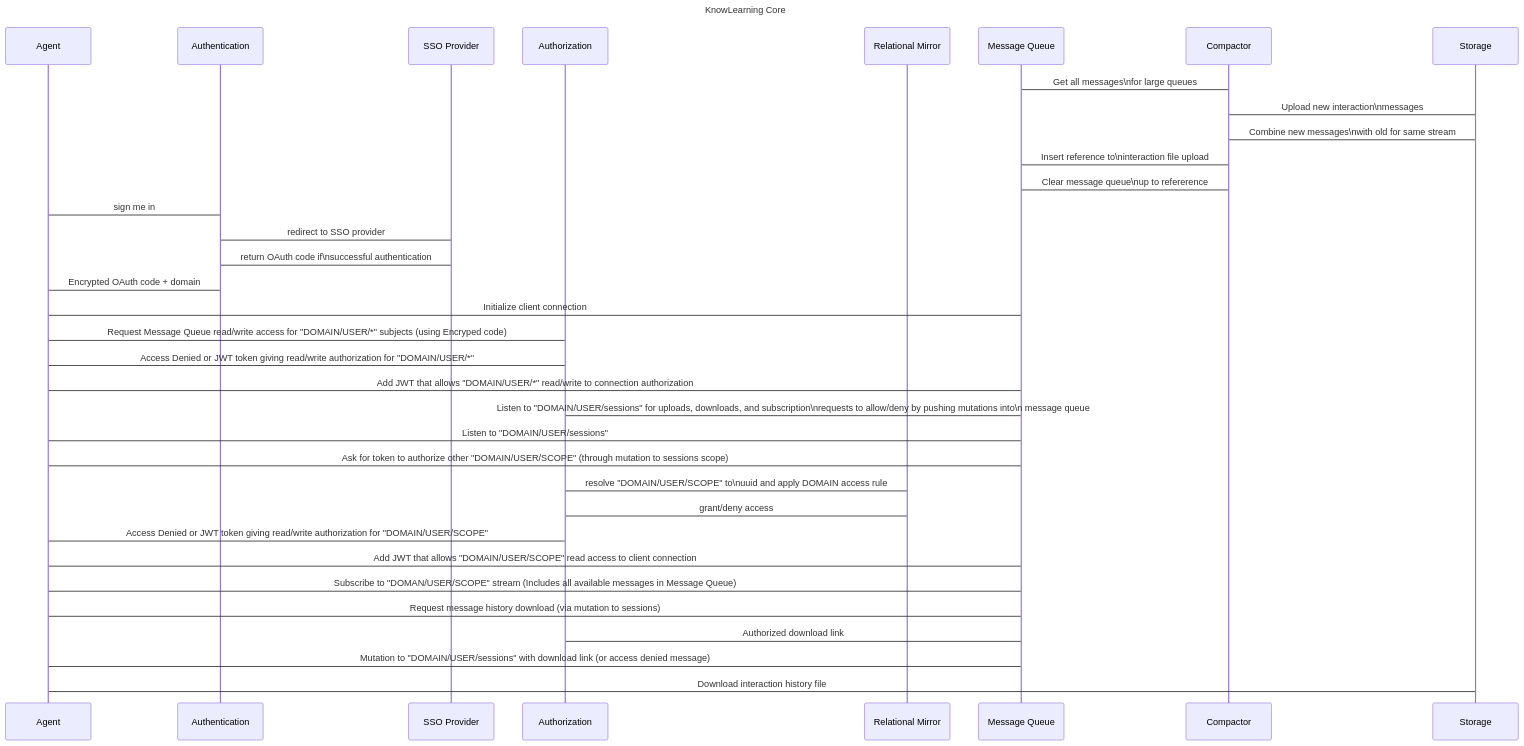
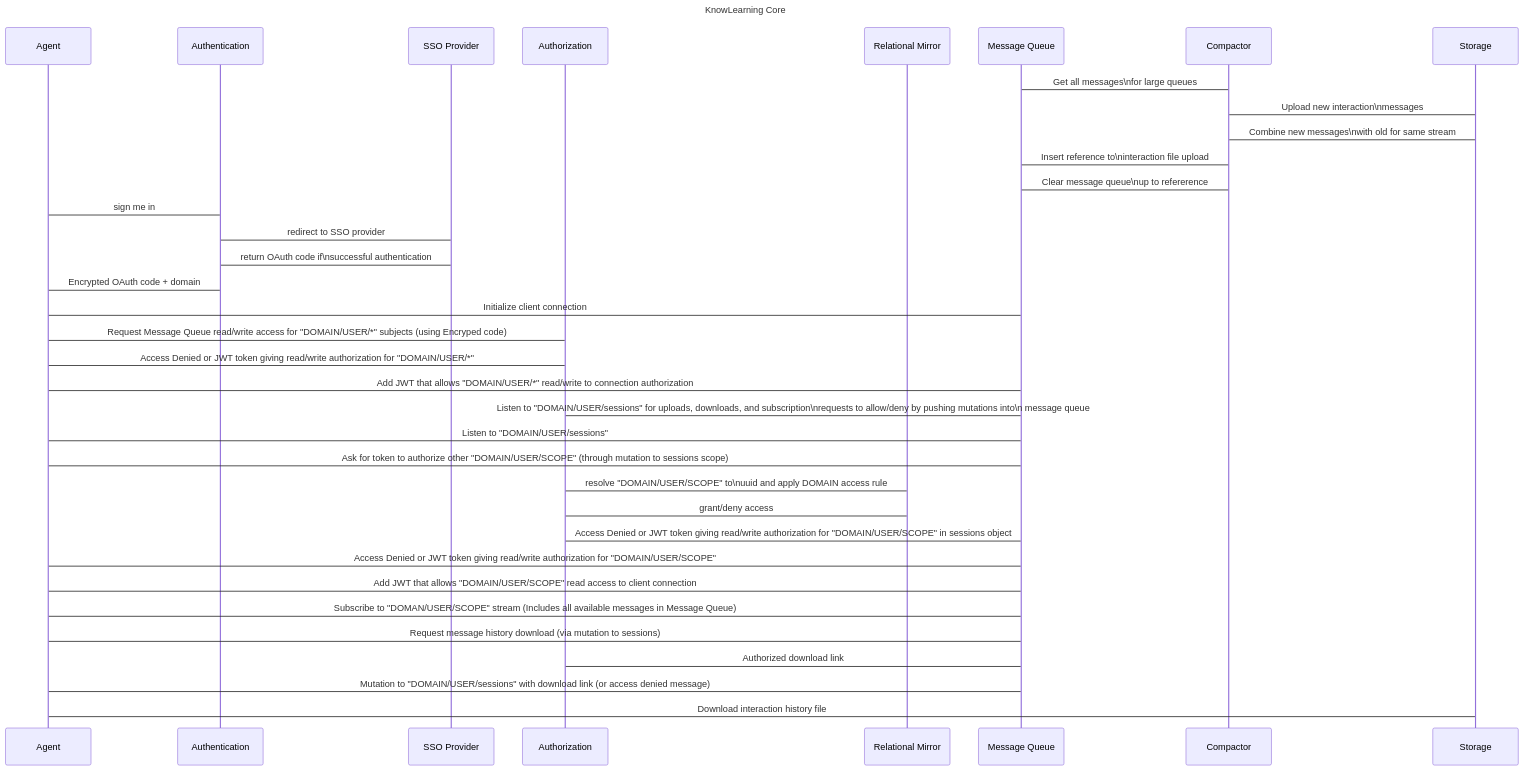
The diagram in README.md (knowlearning/platform), drawn with Mermaid before and after one commit.

Commit message:
Adjust sequence diagram

````diff
--- a/README.md
+++ b/README.md
@@ -80,45 +80,46 @@
 ```mermaid
 sequenceDiagram
 title KnowLearning Core
 
 participant Agent
 participant Authentication
 participant SSO Provider
 participant Authorization
 participant Relational Mirror
 participant Message Queue
 participant Compactor
 participant Storage
 
 Compactor -> Message Queue: Get all messages\nfor large queues
 Compactor -> Storage: Upload new interaction\nmessages
 Compactor -> Storage: Combine new messages\nwith old for same stream
 Compactor -> Message Queue: Insert reference to\ninteraction file upload
 Compactor -> Message Queue: Clear message queue\nup to refererence
 
 Agent -> Authentication: sign me in
 Authentication -> SSO Provider: redirect to SSO provider
 SSO Provider -> Authentication: return OAuth code if\nsuccessful authentication
 Authentication -> Agent: Encrypted OAuth code + domain
 Agent -> Message Queue: Initialize client connection
 Agent -> Authorization:Request Message Queue read/write access for "DOMAIN/USER/*" subjects (using Encryped code)
 Authorization -> Agent: Access Denied or JWT token giving read/write authorization for "DOMAIN/USER/*"
 Agent->Message Queue:Add JWT that allows "DOMAIN/USER/*" read/write to connection authorization
 
 Authorization -> Message Queue: Listen to "DOMAIN/USER/sessions" for uploads, downloads, and subscription\nrequests to allow/deny by pushing mutations into\n message queue
 
 Agent -> Message Queue: Listen to "DOMAIN/USER/sessions"
 
 Agent -> Message Queue: Ask for token to authorize other "DOMAIN/USER/SCOPE" (through mutation to sessions scope)
 Authorization -> Relational Mirror: resolve "DOMAIN/USER/SCOPE" to\nuuid and apply DOMAIN access rule
 Relational Mirror -> Authorization: grant/deny access
-Authorization -> Agent: Access Denied or JWT token giving read/write authorization for "DOMAIN/USER/SCOPE"
+Authorization -> Message Queue: Access Denied or JWT token giving read/write authorization for "DOMAIN/USER/SCOPE" in sessions object
+Message Queue -> Agent: Access Denied or JWT token giving read/write authorization for "DOMAIN/USER/SCOPE"
 
 Agent -> Message Queue: Add JWT that allows "DOMAIN/USER/SCOPE" read access to client connection 
 Agent -> Message Queue: Subscribe to "DOMAN/USER/SCOPE" stream (Includes all available messages in Message Queue)
 
 Agent -> Message Queue: Request message history download (via mutation to sessions)
 Authorization -> Message Queue: Authorized download link
 Message Queue -> Agent: Mutation to "DOMAIN/USER/sessions" with download link (or access denied message)
 Agent -> Storage: Download interaction history file
 ```
````
